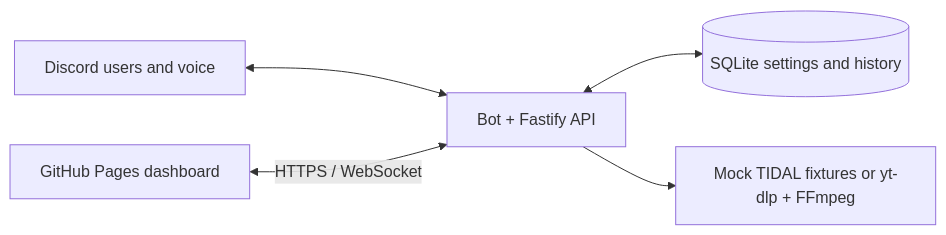
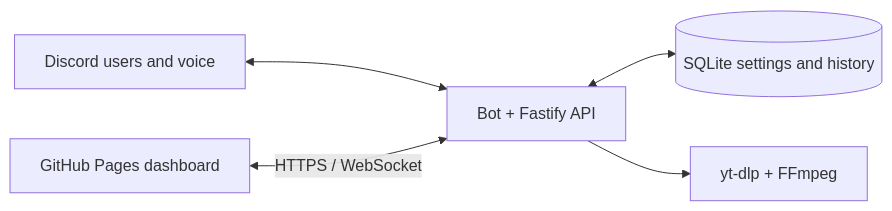
One commit to IOUJared/discordbot changed the diagram in README.md. Above: the diagram before and after it, drawn with Mermaid. The commit also changed other lines of this file and 40 other files, not shown here.

Commit message:
refactor: remove mock TIDAL provider

````diff
--- a/README.md
+++ b/README.md
@@ -16,7 +15,7 @@
 ```mermaid
 flowchart LR
   Discord[Discord users and voice] <--> Server[Bot + Fastify API]
   Dashboard[GitHub Pages dashboard] <-->|HTTPS / WebSocket| Server
   Server <--> SQLite[(SQLite settings and history)]
-  Server --> Media[Mock TIDAL fixtures or yt-dlp + FFmpeg]
+  Server --> Media[yt-dlp + FFmpeg]
 ```
````
